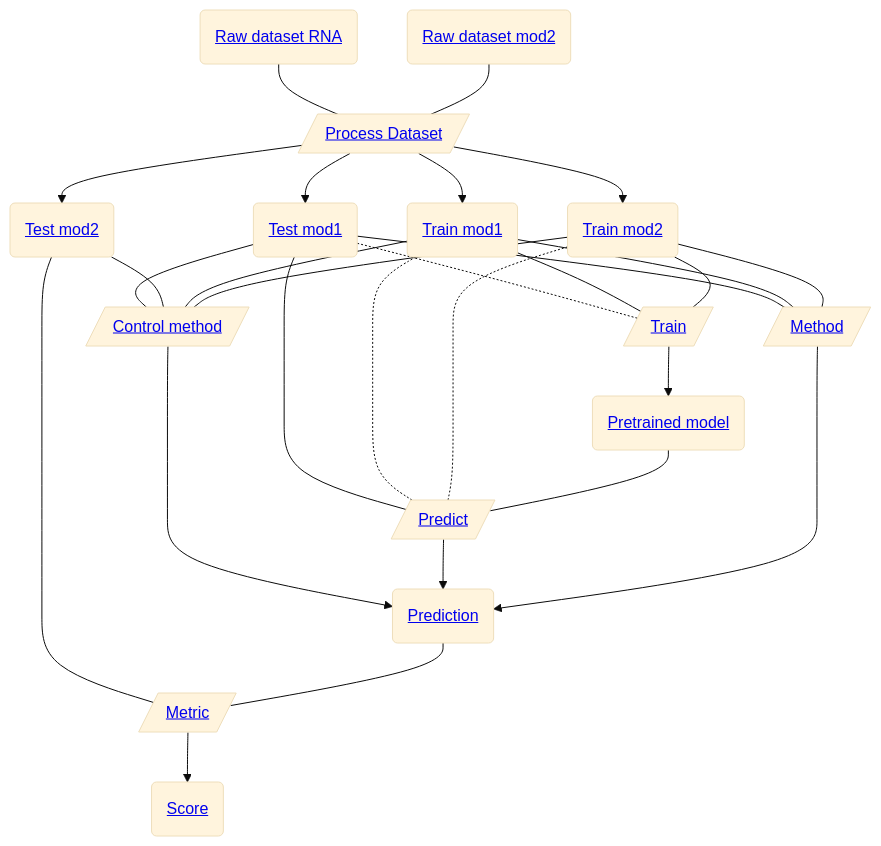
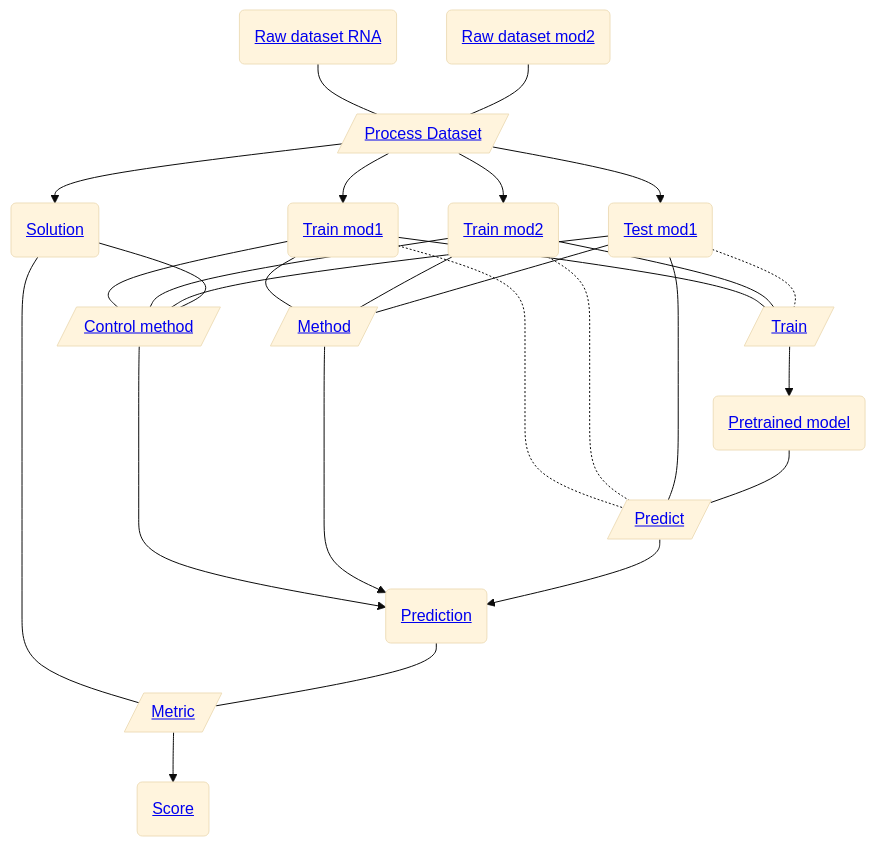
Before and after one commit to openproblems-bio/task_predict_modality: the diagram in README.md, drawn with Mermaid (base theme). The commit also changed other lines of this file and 2 other files, not shown here.

First line of the commit message:
label file_test_mod2 as the solution

````diff
--- a/README.md
+++ b/README.md
@@ -49,45 +50,45 @@
 ``` mermaid
 flowchart TB
   file_common_dataset_mod1("<a href='https://github.com/openproblems-bio/task_predict_modality#file-format-raw-dataset-rna'>Raw dataset RNA</a>")
   comp_process_datasets[/"<a href='https://github.com/openproblems-bio/task_predict_modality#component-type-process-dataset'>Process Dataset</a>"/]
-  file_test_mod1("<a href='https://github.com/openproblems-bio/task_predict_modality#file-format-test-mod1'>Test mod1</a>")
-  file_test_mod2("<a href='https://github.com/openproblems-bio/task_predict_modality#file-format-test-mod2'>Test mod2</a>")
   file_train_mod1("<a href='https://github.com/openproblems-bio/task_predict_modality#file-format-train-mod1'>Train mod1</a>")
   file_train_mod2("<a href='https://github.com/openproblems-bio/task_predict_modality#file-format-train-mod2'>Train mod2</a>")
+  file_test_mod1("<a href='https://github.com/openproblems-bio/task_predict_modality#file-format-test-mod1'>Test mod1</a>")
+  file_test_mod2("<a href='https://github.com/openproblems-bio/task_predict_modality#file-format-solution'>Solution</a>")
   comp_control_method[/"<a href='https://github.com/openproblems-bio/task_predict_modality#component-type-control-method'>Control method</a>"/]
+  comp_method[/"<a href='https://github.com/openproblems-bio/task_predict_modality#component-type-method'>Method</a>"/]
   comp_method_predict[/"<a href='https://github.com/openproblems-bio/task_predict_modality#component-type-predict'>Predict</a>"/]
   comp_method_train[/"<a href='https://github.com/openproblems-bio/task_predict_modality#component-type-train'>Train</a>"/]
-  comp_method[/"<a href='https://github.com/openproblems-bio/task_predict_modality#component-type-method'>Method</a>"/]
   comp_metric[/"<a href='https://github.com/openproblems-bio/task_predict_modality#component-type-metric'>Metric</a>"/]
   file_prediction("<a href='https://github.com/openproblems-bio/task_predict_modality#file-format-prediction'>Prediction</a>")
   file_pretrained_model("<a href='https://github.com/openproblems-bio/task_predict_modality#file-format-pretrained-model'>Pretrained model</a>")
   file_score("<a href='https://github.com/openproblems-bio/task_predict_modality#file-format-score'>Score</a>")
   file_common_dataset_mod2("<a href='https://github.com/openproblems-bio/task_predict_modality#file-format-raw-dataset-mod2'>Raw dataset mod2</a>")
   file_common_dataset_mod1---comp_process_datasets
+  comp_process_datasets-->file_train_mod1
+  comp_process_datasets-->file_train_mod2
   comp_process_datasets-->file_test_mod1
   comp_process_datasets-->file_test_mod2
-  comp_process_datasets-->file_train_mod1
-  comp_process_datasets-->file_train_mod2
+  file_train_mod1---comp_control_method
+  file_train_mod1---comp_method
+  file_train_mod1-.-comp_method_predict
+  file_train_mod1---comp_method_train
+  file_train_mod2---comp_control_method
+  file_train_mod2---comp_method
+  file_train_mod2-.-comp_method_predict
+  file_train_mod2---comp_method_train
   file_test_mod1---comp_control_method
+  file_test_mod1---comp_method
   file_test_mod1---comp_method_predict
   file_test_mod1-.-comp_method_train
-  file_test_mod1---comp_method
   file_test_mod2---comp_control_method
   file_test_mod2---comp_metric
-  file_train_mod1---comp_control_method
-  file_train_mod1-.-comp_method_predict
-  file_train_mod1---comp_method_train
-  file_train_mod1---comp_method
-  file_train_mod2---comp_control_method
-  file_train_mod2-.-comp_method_predict
-  file_train_mod2---comp_method_train
-  file_train_mod2---comp_method
   comp_control_method-->file_prediction
+  comp_method-->file_prediction
   comp_method_predict-->file_prediction
   comp_method_train-->file_pretrained_model
-  comp_method-->file_prediction
   comp_metric-->file_score
   file_prediction---comp_metric
   file_pretrained_model---comp_method_predict
   file_common_dataset_mod2---comp_process_datasets
 ```
````
